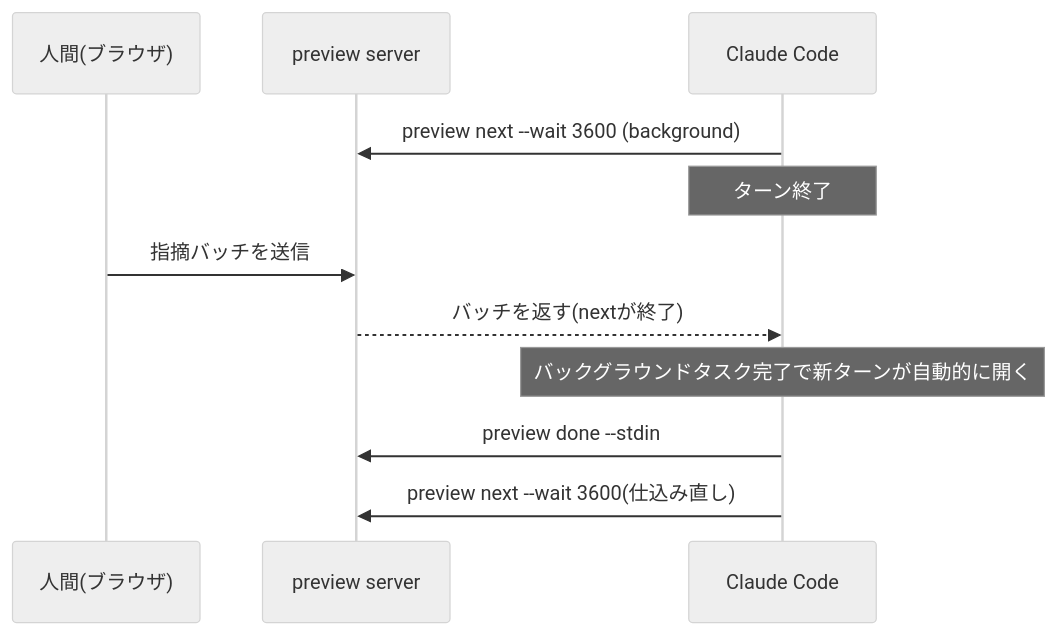
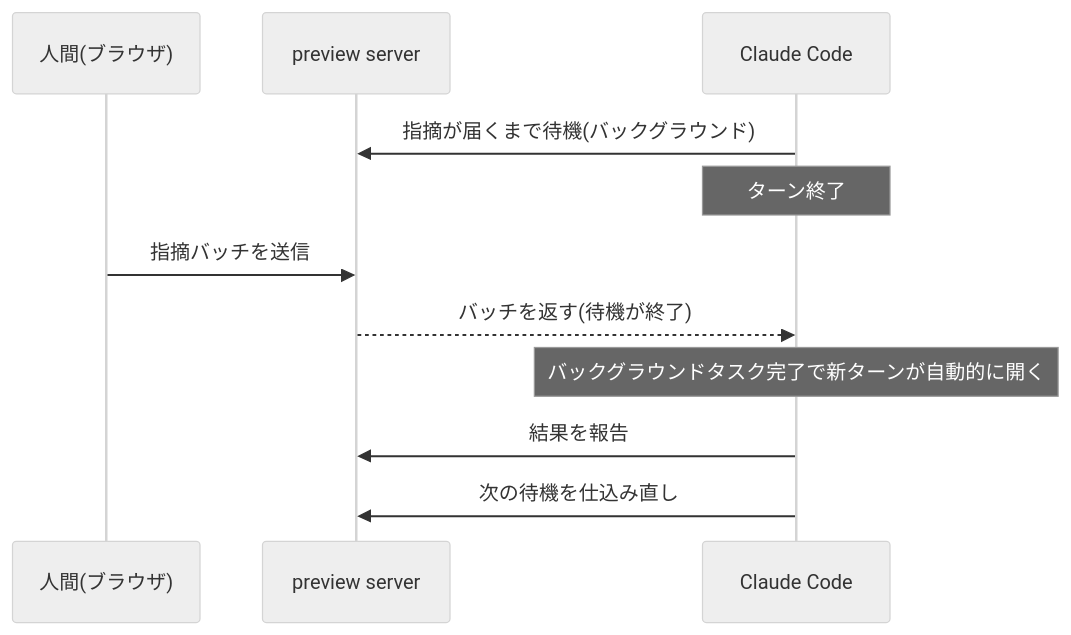
Before and after one commit to coji/zenn-content: the third of 5 diagrams in articles/artifactshare-preview-claude-codex-cursor.md, drawn with Mermaid (neutral theme). The commit also changed other lines of this file, not shown here.

Commit message:
Replace CLI command mentions with plain-Japanese meanings in body and diagrams

````diff
--- a/articles/artifactshare-preview-claude-codex-cursor.md
+++ b/articles/artifactshare-preview-claude-codex-cursor.md
@@ -113,14 +113,14 @@
 ```mermaid
 sequenceDiagram
     participant H as 人間(ブラウザ)
     participant S as preview server
     participant C as Claude Code
 
-    C->>S: preview next --wait 3600 (background)
+    C->>S: 指摘が届くまで待機(バックグラウンド)
     Note over C: ターン終了
     H->>S: 指摘バッチを送信
-    S-->>C: バッチを返す(nextが終了)
+    S-->>C: バッチを返す(待機が終了)
     Note over C: バックグラウンドタスク完了で新ターンが自動的に開く
-    C->>S: preview done --stdin
-    C->>S: preview next --wait 3600(仕込み直し)
+    C->>S: 結果を報告
+    C->>S: 次の待機を仕込み直し
 ```
````
